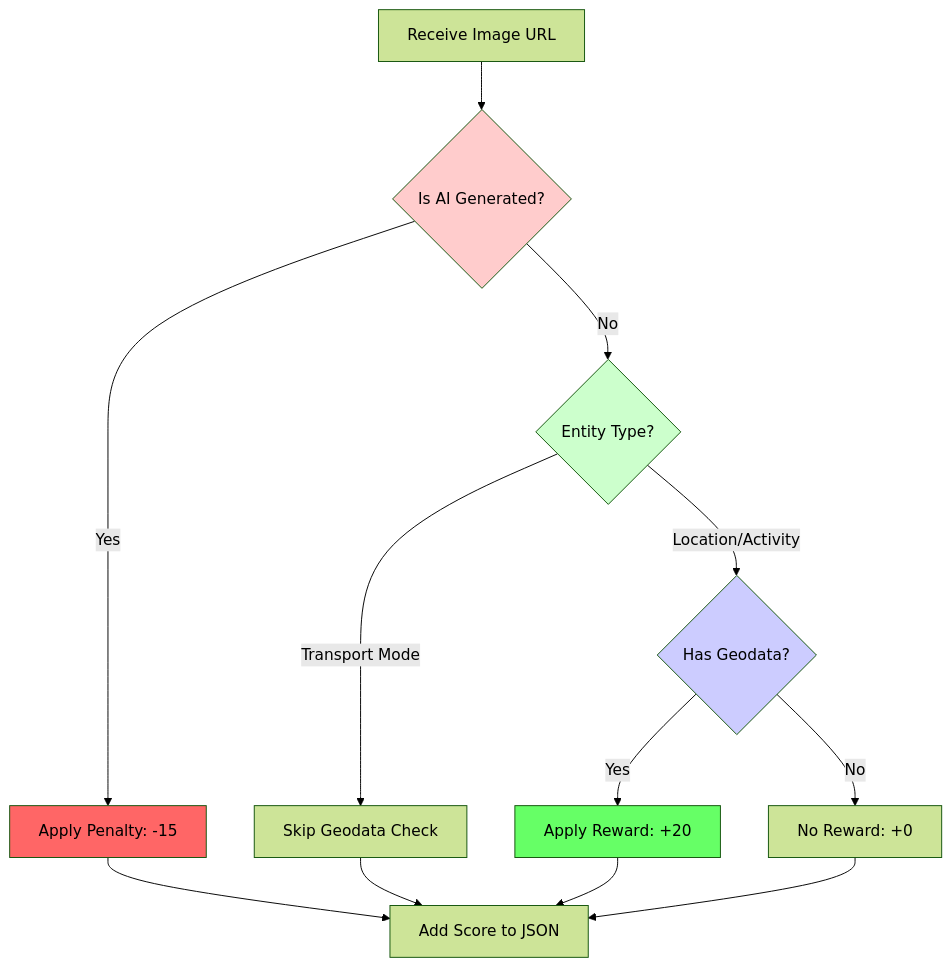
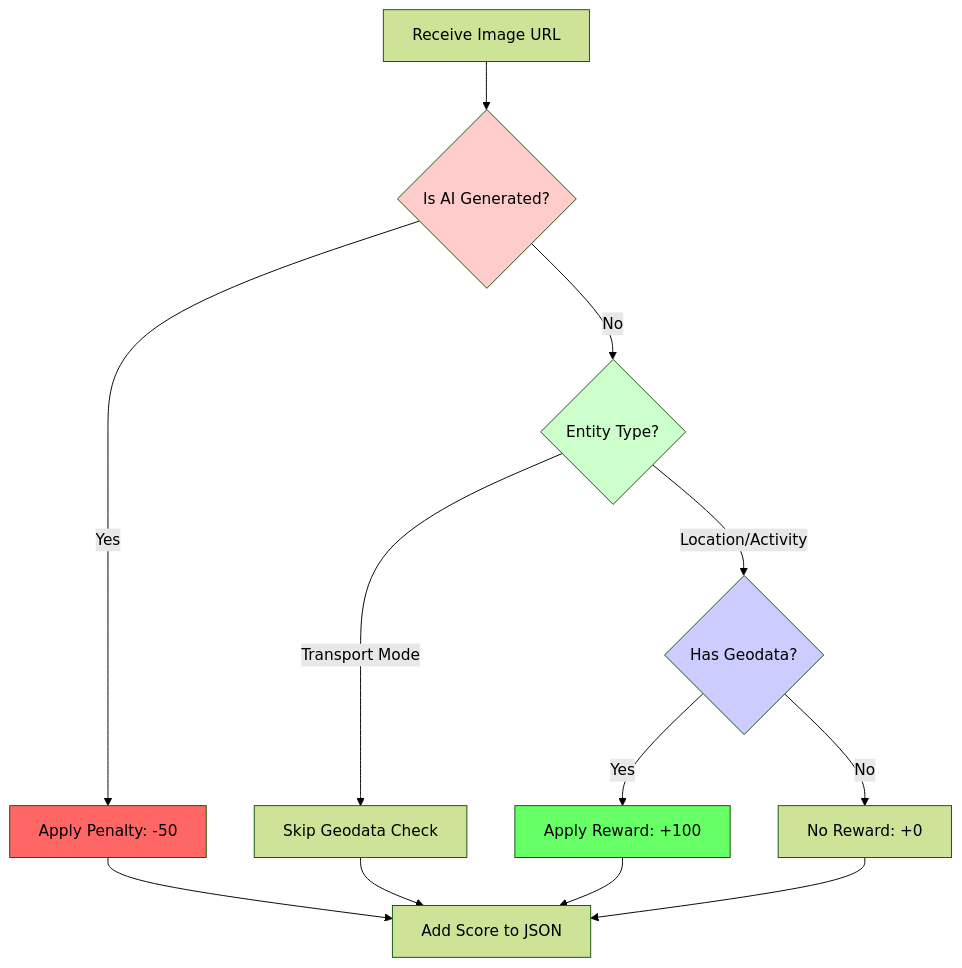
The fourth of 8 diagrams in documentation/HLD/travel_blog_hld.md (Husainmatkawala/MMT_intern_project_1), drawn with Mermaid (forest theme) before and after one commit. The commit also changed 3 other files, not shown here.

````diff
--- a/documentation/HLD/travel_blog_hld.md
+++ b/documentation/HLD/travel_blog_hld.md
@@ -285,25 +285,25 @@
 ```mermaid
 graph TD
     Start[Receive Image URL]
     Start --> AICheck{Is AI Generated?}
     
-    AICheck -->|Yes| Penalty1[Apply Penalty: -15]
+    AICheck -->|Yes| Penalty1[Apply Penalty: -50]
     AICheck -->|No| TypeCheck{Entity Type?}
     
     TypeCheck -->|Transport Mode| Skip[Skip Geodata Check]
     TypeCheck -->|Location/Activity| GeoCheck{Has Geodata?}
     
-    GeoCheck -->|Yes| Reward1[Apply Reward: +20]
+    GeoCheck -->|Yes| Reward1[Apply Reward: +100]
     GeoCheck -->|No| Neutral[No Reward: +0]
     
     Penalty1 --> Output[Add Score to JSON]
     Skip --> Output
     Reward1 --> Output
     Neutral --> Output
     
     style AICheck fill:#ffcccc
     style TypeCheck fill:#ccffcc
     style GeoCheck fill:#ccccff
     style Penalty1 fill:#ff6666
     style Reward1 fill:#66ff66
 ```
````
